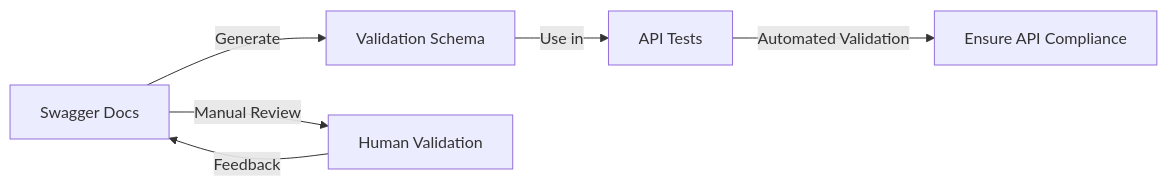
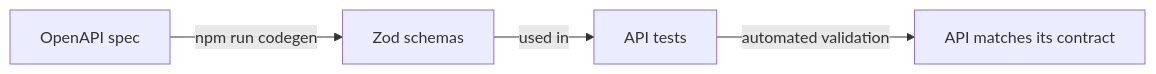
Before and after one commit to Ghislain89/ghislain.dev: the second of 2 diagrams in api.md, drawn with Mermaid. The commit also changed other lines of this file and 5 other files, not shown here.

````diff
--- a/api.md
+++ b/api.md
@@ -290,8 +520,6 @@
 ```mermaid
 flowchart LR
-    A[Swagger Docs] -->|Generate| B[Validation Schema]
-    B -->|Use in| C[API Tests]
-    C -->|Automated Validation| D[Ensure API Compliance]
-    A -->|Manual Review| E[Human Validation]
-    E -->|Feedback| A
+    A[OpenAPI spec] -->|npm run codegen| B[Zod schemas]
+    B -->|used in| C[API tests]
+    C -->|automated validation| D[API matches its contract]
 ```
````
